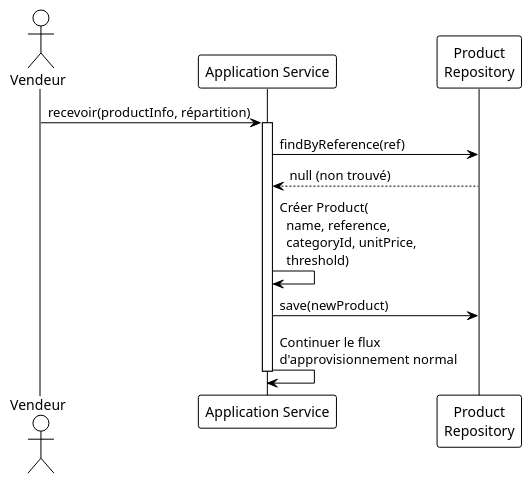
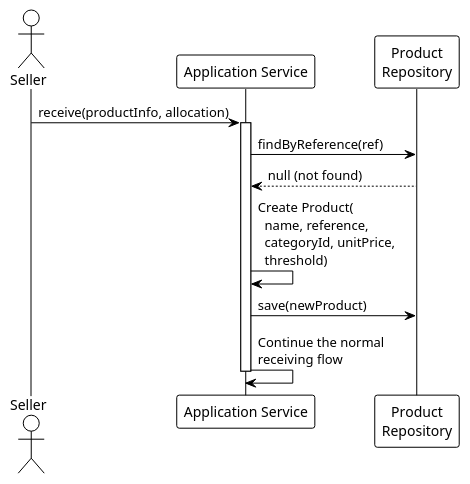
Before and after one commit to aliCheikCheikh/auto-stock-management: the second of 2 diagrams in antora-docs/modules/domain/pages/flow-supply.adoc, drawn with PlantUML. The commit also changed other lines of this file and 542 other files, not shown here.

```diff
--- a/antora-docs/modules/domain/pages/flow-supply.adoc
+++ b/antora-docs/modules/domain/pages/flow-supply.adoc
@@ -118,25 +91,25 @@
 [plantuml]
 ----
 @startuml
 !theme plain
 skinparam backgroundColor transparent
 
-actor Vendeur as V
+actor Seller as V
 participant "Application Service" as AS
 participant "Product\nRepository" as PR
 
-V -> AS : recevoir(productInfo, répartition)
+V -> AS : receive(productInfo, allocation)
 activate AS
 
 AS -> PR : findByReference(ref)
-PR --> AS : null (non trouvé)
+PR --> AS : null (not found)
 
-AS -> AS : Créer Product(\n  name, reference,\n  categoryId, unitPrice,\n  threshold)
+AS -> AS : Create Product(\n  name, reference,\n  categoryId, unitPrice,\n  threshold)
 AS -> PR : save(newProduct)
 
-AS -> AS : Continuer le flux\nd'approvisionnement normal
+AS -> AS : Continue the normal\nreceiving flow
 
 deactivate AS
 
 @enduml
 ----
```
